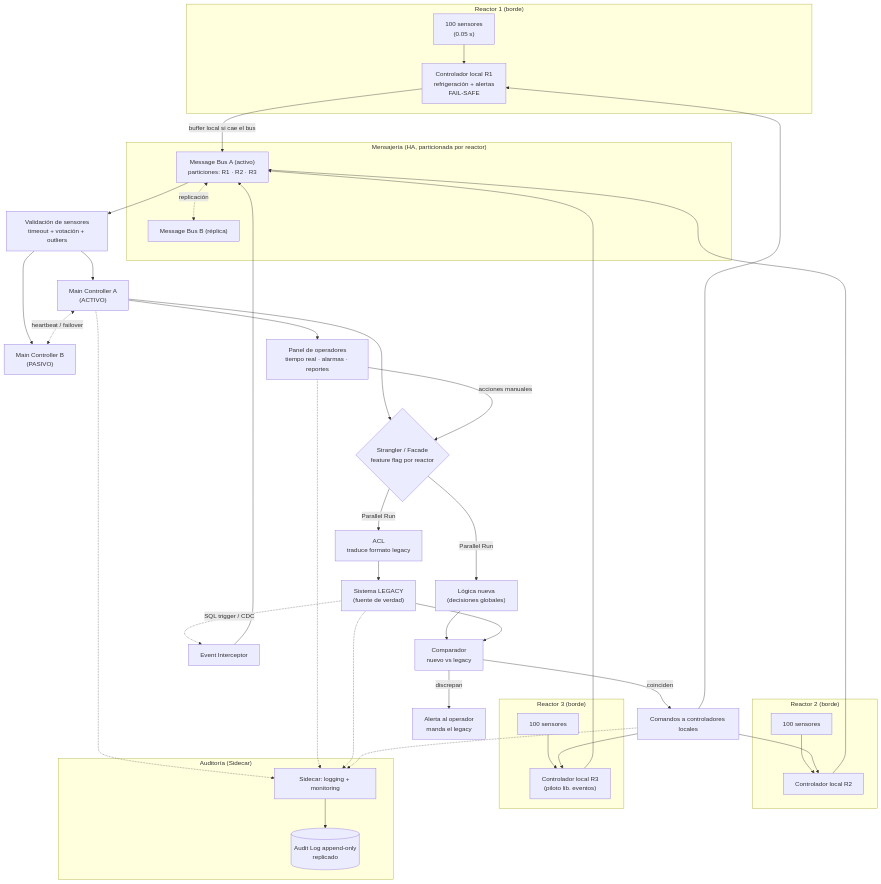
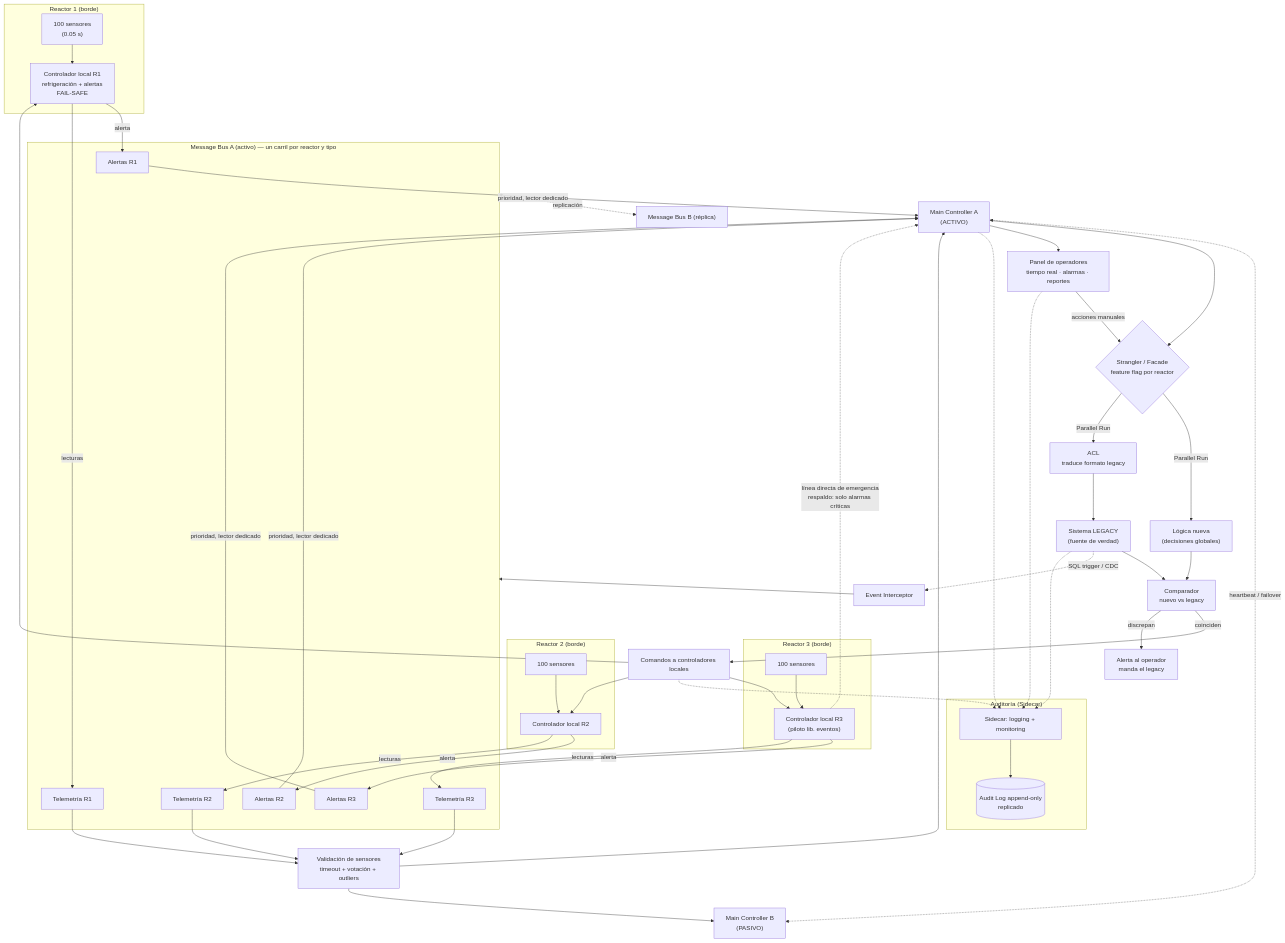
Before and after one commit to manyorycuevamendoza/ArquitecturaSoftware: the first of 2 diagrams in Lab12/README.md, drawn with Mermaid. The commit also changed other lines of this file and 2 other files, not shown here.

Commit message:
Lab12: README con bus por carriles, prioridad de alertas y línea de emergencia

````diff
--- a/Lab12/README.md
+++ b/Lab12/README.md
@@ -25,55 +25,65 @@
 ```mermaid
 flowchart TB
   subgraph R1["Reactor 1 (borde)"]
     S1["100 sensores<br/>(0.05 s)"] --> LC1["Controlador local R1<br/>refrigeración + alertas<br/>FAIL-SAFE"]
   end
   subgraph R2["Reactor 2 (borde)"]
     S2["100 sensores"] --> LC2["Controlador local R2"]
   end
   subgraph R3["Reactor 3 (borde)"]
     S3["100 sensores"] --> LC3["Controlador local R3<br/>(piloto lib. eventos)"]
   end
 
-  LC1 -->|buffer local si cae el bus| BUS
-  LC2 --> BUS
-  LC3 --> BUS
+  LC1 -->|alerta| QA1
+  LC1 -->|lecturas| QT1
+  LC2 -->|alerta| QA2
+  LC2 -->|lecturas| QT2
+  LC3 -->|alerta| QA3
+  LC3 -->|lecturas| QT3
 
-  subgraph MSG["Mensajería (HA, particionada por reactor)"]
-    BUS["Message Bus A (activo)<br/>particiones: R1 · R2 · R3"]
-    BUSB["Message Bus B (réplica)"]
-    BUS <-.replicación.-> BUSB
+  subgraph BUS["Message Bus A (activo) — un carril por reactor y tipo"]
+    QA1["Alertas R1"]
+    QA2["Alertas R2"]
+    QA3["Alertas R3"]
+    QT1["Telemetría R1"]
+    QT2["Telemetría R2"]
+    QT3["Telemetría R3"]
   end
+  BUSB["Message Bus B (réplica)"]
+  BUS <-.replicación.-> BUSB
 
-  BUS --> VOTE["Validación de sensores<br/>timeout + votación + outliers"]
+  QA1 & QA2 & QA3 -->|prioridad, lector dedicado| MCA
+  QT1 & QT2 & QT3 --> VOTE["Validación de sensores<br/>timeout + votación + outliers"]
+  LC3 -.->|línea directa de emergencia<br/>respaldo: solo alarmas críticas| MCA
   VOTE --> MCA["Main Controller A<br/>(ACTIVO)"]
   VOTE --> MCB["Main Controller B<br/>(PASIVO)"]
   MCA <-.heartbeat / failover.-> MCB
 
   MCA --> STR{"Strangler / Facade<br/>feature flag por reactor"}
   STR -->|Parallel Run| NEW["Lógica nueva<br/>(decisiones globales)"]
   STR -->|Parallel Run| ACL["ACL<br/>traduce formato legacy"]
   ACL --> LEG["Sistema LEGACY<br/>(fuente de verdad)"]
   NEW --> CMP["Comparador<br/>nuevo vs legacy"]
   LEG --> CMP
   CMP -->|coinciden| CMD["Comandos a controladores locales"]
   CMP -->|discrepan| ALERT["Alerta al operador<br/>manda el legacy"]
   CMD --> LC1
   CMD --> LC2
   CMD --> LC3
 
   LEG -. SQL trigger / CDC .-> INTER["Event Interceptor"]
   INTER --> BUS
 
   MCA --> PANEL["Panel de operadores<br/>tiempo real · alarmas · reportes"]
   PANEL -->|acciones manuales| STR
 
   subgraph AUD["Auditoría (Sidecar)"]
     SIDE["Sidecar: logging + monitoring"]
     LOG[("Audit Log append-only<br/>replicado")]
     SIDE --> LOG
   end
   MCA -.-> SIDE
   PANEL -.-> SIDE
   LEG -.-> SIDE
   CMD -.-> SIDE
 ```
````
